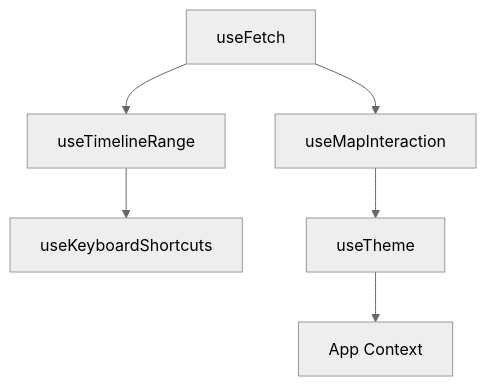
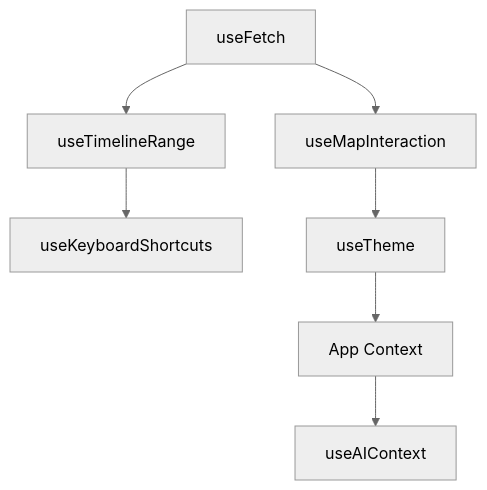
Before and after one commit to bartytime4life/Kansas-Frontier-Matrix: the first of 3 diagrams in web/src/hooks/README.md, drawn with Mermaid (neutral theme). The commit also changed other lines of this file, not shown here.

````diff
--- a/web/src/hooks/README.md
+++ b/web/src/hooks/README.md
@@ -101,8 +116,9 @@
 ```mermaid
 flowchart TD
   A[useFetch] --> B[useTimelineRange]
   A --> C[useMapInteraction]
   B --> D[useKeyboardShortcuts]
   C --> E[useTheme]
   E --> F[App Context]
+  F --> G[useAIContext]
 ```
````
